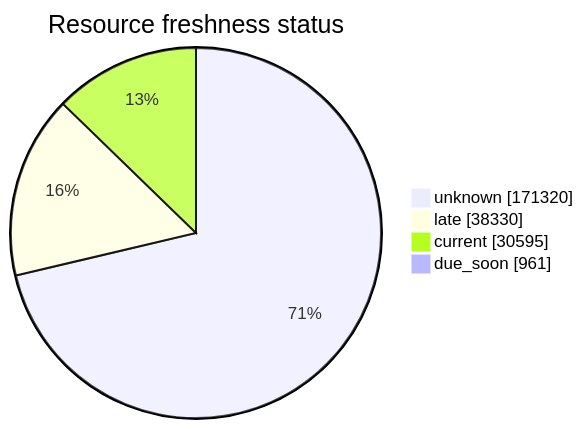
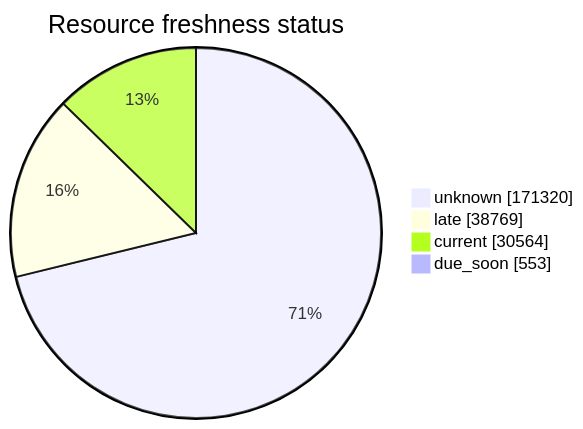
Before and after one commit to open-data/analytics-corporate-reporting: the third of 5 diagrams in FreshCheck/README.md, drawn with Mermaid. The commit also changed other lines of this file and 3 other files, not shown here.

````diff
--- a/FreshCheck/README.md
+++ b/FreshCheck/README.md
@@ -77,7 +77,7 @@
 ```mermaid
 pie showData title Resource freshness status
     "unknown": 171320
-    "late": 38330
-    "current": 30595
-    "due_soon": 961
+    "late": 38769
+    "current": 30564
+    "due_soon": 553
 ```
````
